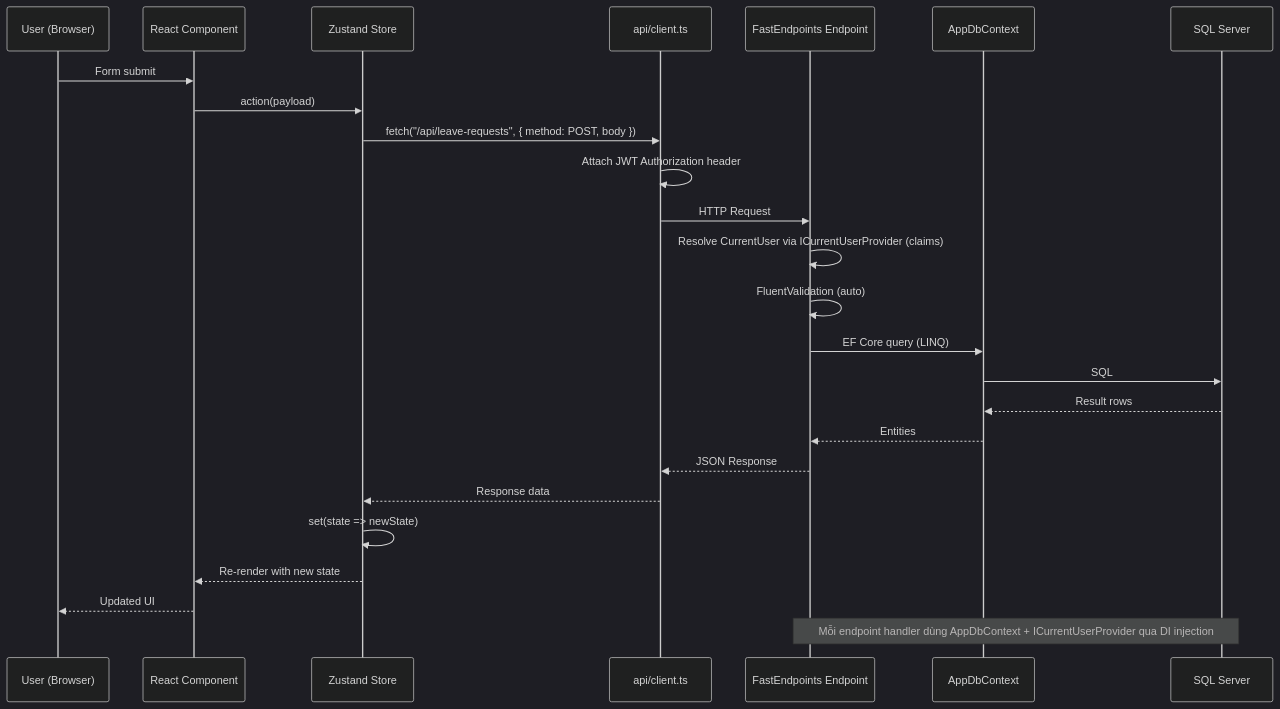
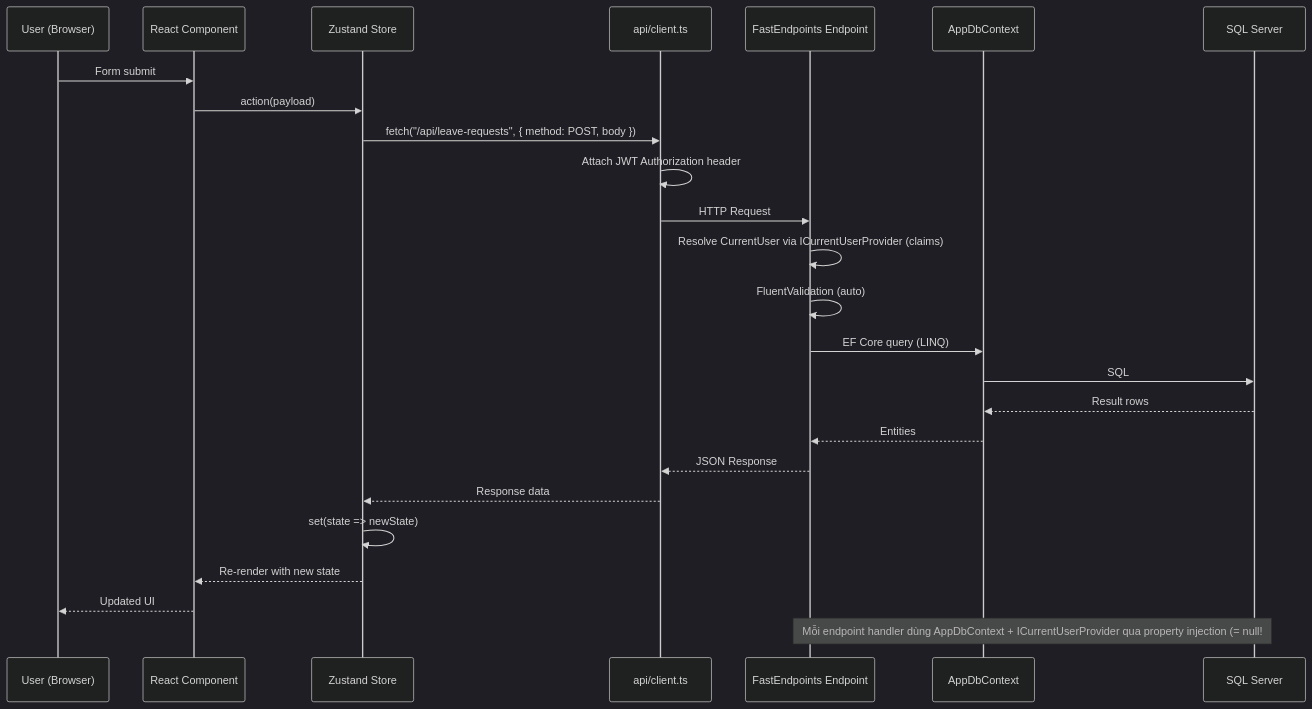
Before and after one commit to Ali-AnNT/qlnp-ttcds: the second of 7 diagrams in docs/system-architecture.md, drawn with Mermaid (dark theme). The commit also changed other lines of this file and 2 other files, not shown here.

First line of the commit message:
docs: update architecture docs to reflect VSA refactor

````diff
--- a/docs/system-architecture.md
+++ b/docs/system-architecture.md
@@ -109,29 +128,29 @@
 ```mermaid
 sequenceDiagram
     participant User as User (Browser)
     participant Component as React Component
     participant Store as Zustand Store
     participant API as api/client.ts
     participant FE as FastEndpoints Endpoint
     participant DbCtx as AppDbContext
     participant DB as SQL Server
 
     User->>Component: Form submit
     Component->>Store: action(payload)
     Store->>API: fetch("/api/leave-requests", { method: POST, body })
     API->>API: Attach JWT Authorization header
     API->>FE: HTTP Request
     FE->>FE: Resolve CurrentUser via ICurrentUserProvider (claims)
     FE->>FE: FluentValidation (auto)
     FE->>DbCtx: EF Core query (LINQ)
     DbCtx->>DB: SQL
     DB-->>DbCtx: Result rows
     DbCtx-->>FE: Entities
     FE-->>API: JSON Response
     API-->>Store: Response data
     Store->>Store: set(state => newState)
     Store-->>Component: Re-render with new state
     Component-->>User: Updated UI
 
-    Note over FE,DB: Mỗi endpoint handler dùng AppDbContext + ICurrentUserProvider qua DI injection
+    Note over FE,DB: Mỗi endpoint handler dùng AppDbContext + ICurrentUserProvider qua property injection (= null!;)
 ```
````
